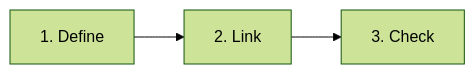
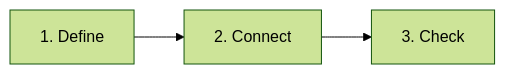
Before and after one commit to Ltilak13/ubiq: the diagram in README.md, drawn with Mermaid (forest theme). The commit also changed other lines of this file, not shown here.

Commit message:
docs: lead with checkable repository rules

````diff
--- a/README.md
+++ b/README.md
@@ -16,6 +16,6 @@
 ```mermaid
 flowchart LR
-    accTitle: Define, link, check
-    accDescr: Define a word, link to its definition, then run ubiq to check the reference.
-    A["1. Define"] --> B["2. Link"] --> C["3. Check"]
+    accTitle: Define, connect, check
+    accDescr: Define vocabulary or record rules, connect your files, then check changes with ubiq.
+    A["1. Define"] --> B["2. Connect"] --> C["3. Check"]
 ```
````
